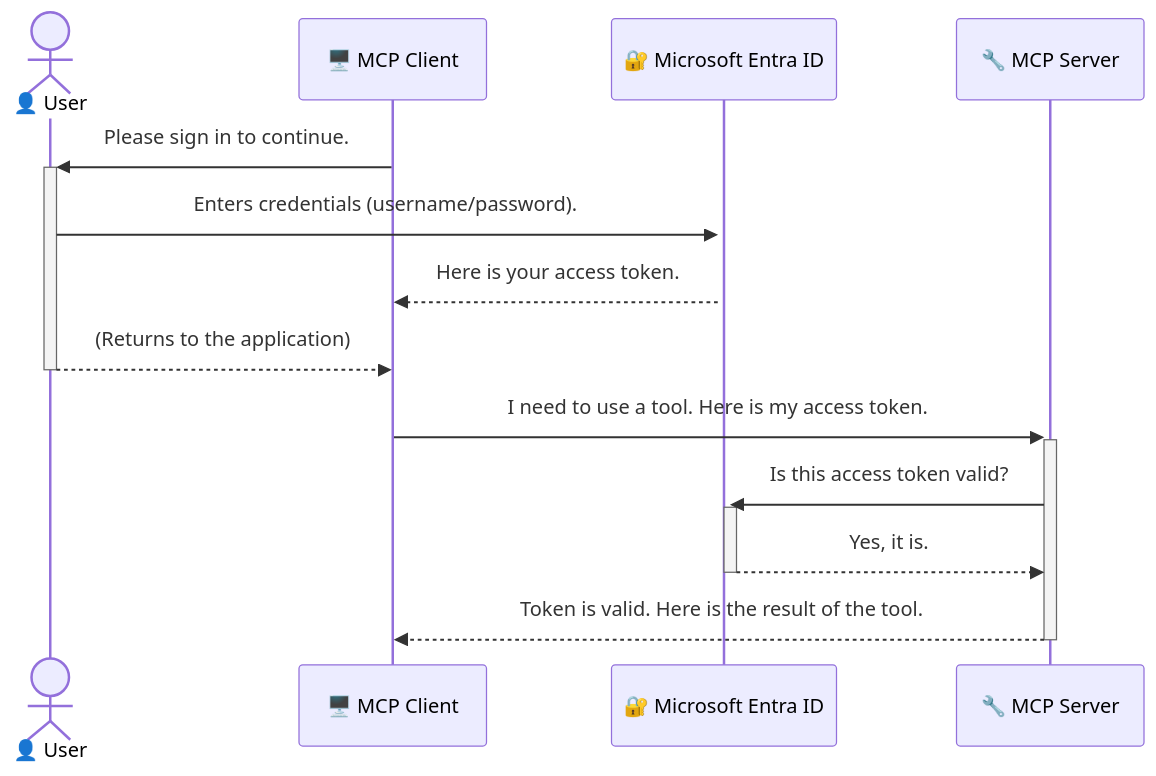
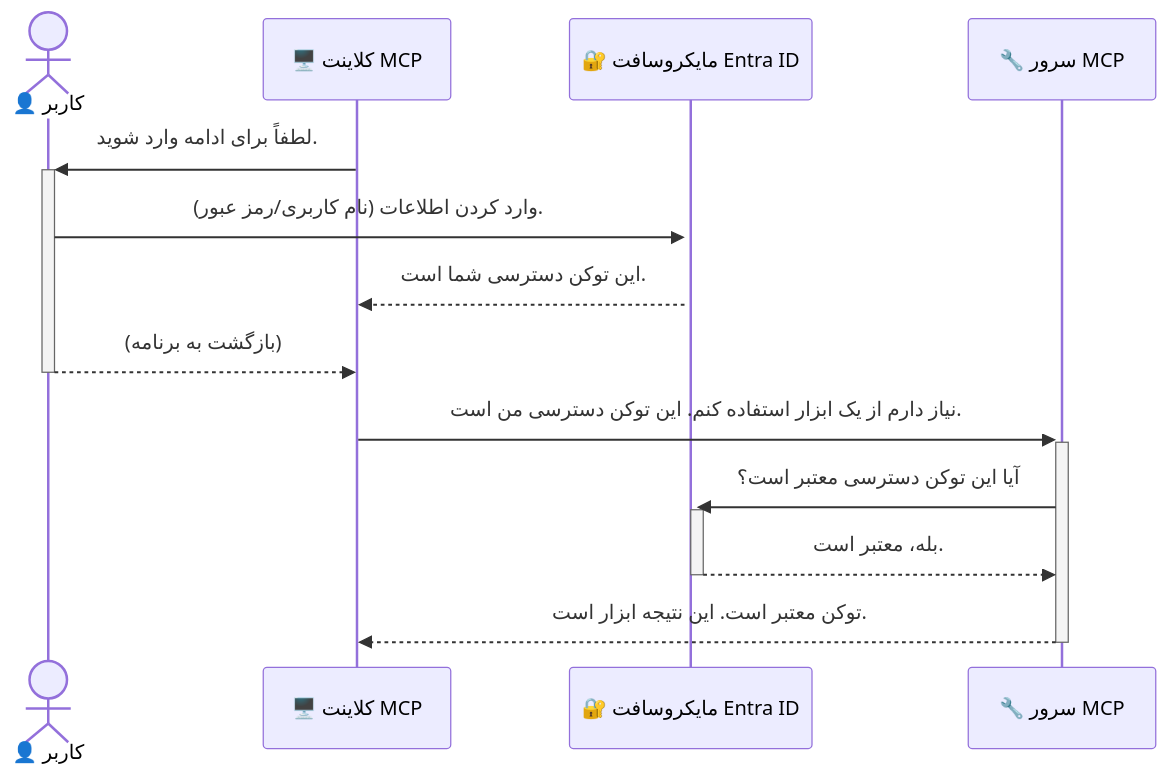
The diagram in mcp_ecosystem__model_context_protocol/mcp_learning_resources/mcp-for-beginners/translations/fa/05-AdvancedTopics/mcp-security-entra/README.md (HIDORAKAI002/ai-workspace-archive), drawn with Mermaid before and after one commit. The commit also changed other lines of this file and 1539 other files, not shown here.

Commit message:
chore(sync): Update microsoft/mcp-for-beginners

````diff
--- a/mcp_ecosystem__model_context_protocol/mcp_learning_resources/mcp-for-beginners/translations/fa/05-AdvancedTopics/mcp-security-entra/README.md
+++ b/mcp_ecosystem__model_context_protocol/mcp_learning_resources/mcp-for-beginners/translations/fa/05-AdvancedTopics/mcp-security-entra/README.md
@@ -61,17 +61,17 @@
 ```mermaid
 sequenceDiagram
-    actor User as 👤 User
-    participant Client as 🖥️ MCP Client
-    participant Entra as 🔐 Microsoft Entra ID
-    participant Server as 🔧 MCP Server
+    actor User as 👤 کاربر
+    participant Client as 🖥️ کلاینت MCP
+    participant Entra as 🔐 مایکروسافت Entra ID
+    participant Server as 🔧 سرور MCP
 
-    Client->>+User: Please sign in to continue.
-    User->>+Entra: Enters credentials (username/password).
-    Entra-->>Client: Here is your access token.
-    User-->>-Client: (Returns to the application)
+    Client->>+User: لطفاً برای ادامه وارد شوید.
+    User->>+Entra: وارد کردن اطلاعات (نام کاربری/رمز عبور).
+    Entra-->>Client: این توکن دسترسی شما است.
+    User-->>-Client: (بازگشت به برنامه)
 
-    Client->>+Server: I need to use a tool. Here is my access token.
-    Server->>+Entra: Is this access token valid?
-    Entra-->>-Server: Yes, it is.
-    Server-->>-Client: Token is valid. Here is the result of the tool.
+    Client->>+Server: نیاز دارم از یک ابزار استفاده کنم. این توکن دسترسی من است.
+    Server->>+Entra: آیا این توکن دسترسی معتبر است؟
+    Entra-->>-Server: بله، معتبر است.
+    Server-->>-Client: توکن معتبر است. این نتیجه ابزار است.
 ```
````
